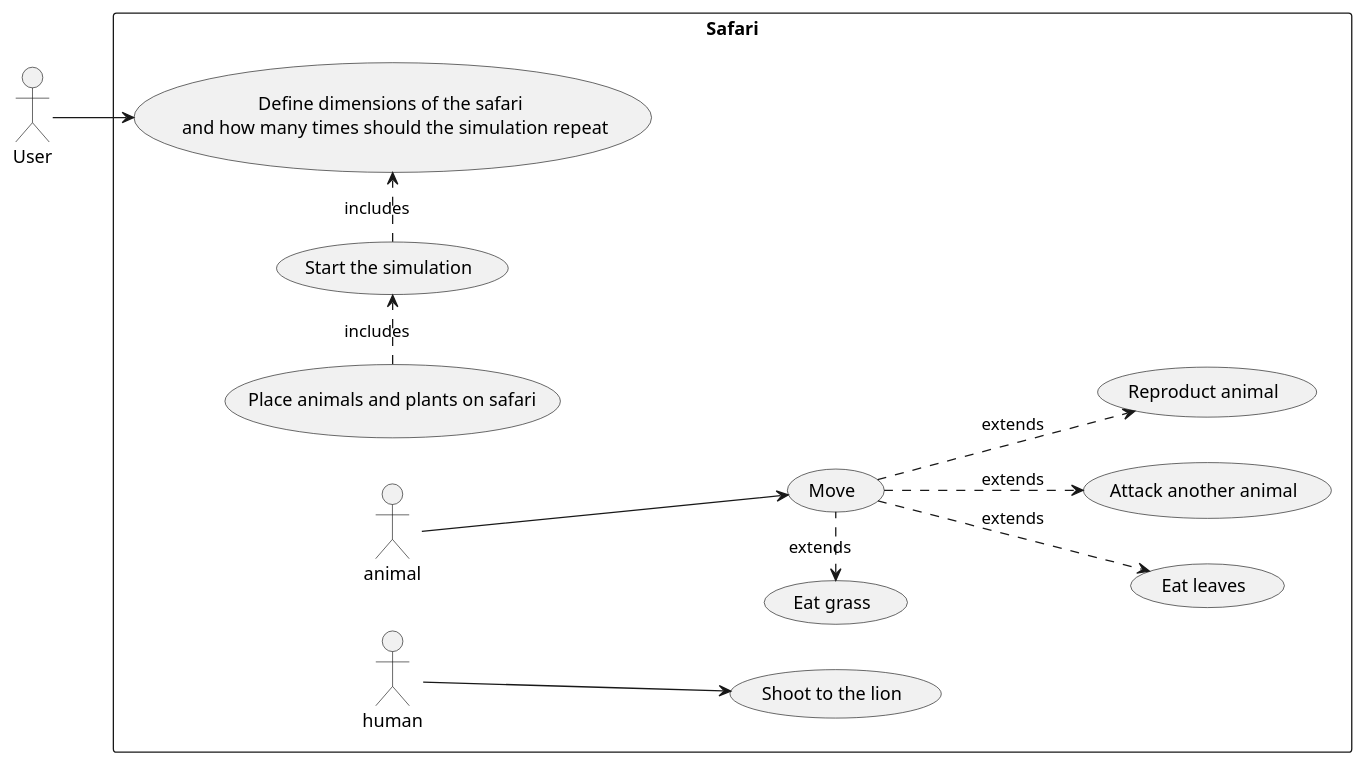
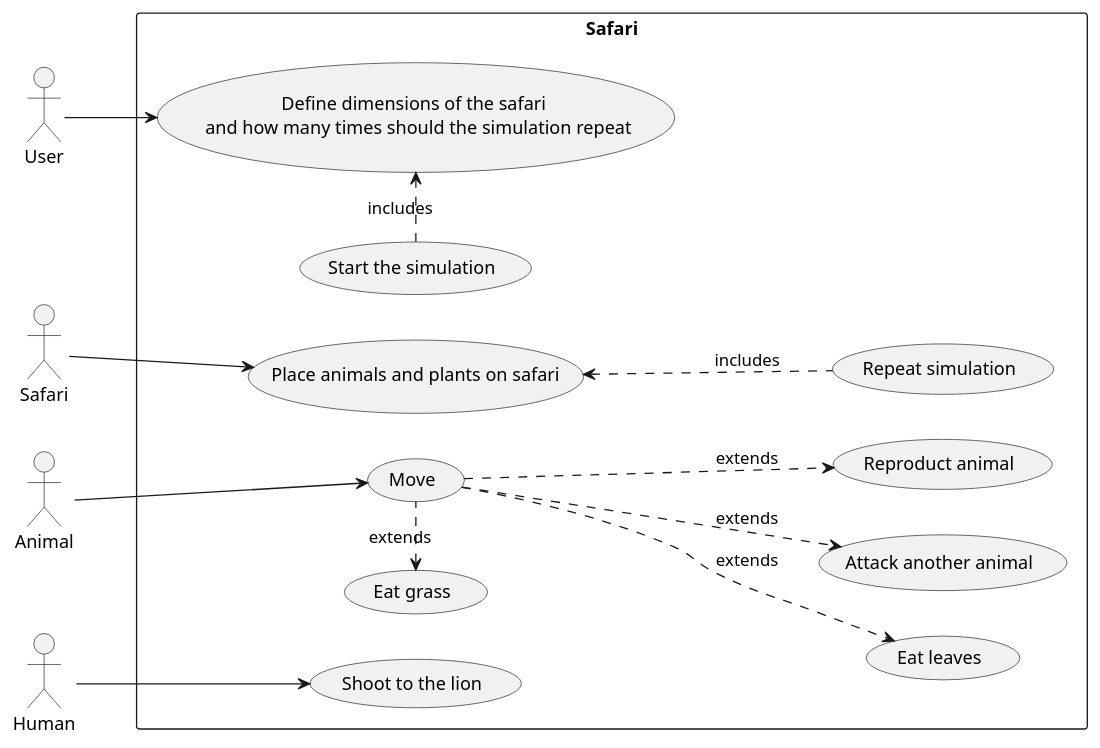
Before and after one commit to Karolina606/Safari: the diagram in src/main/java/safari/animals/useCaseDiagram.puml, drawn with PlantUML. The commit also changed 2 other files, not shown here.

Commit message:
add corrects to the diagrams

```diff
--- a/src/main/java/safari/animals/useCaseDiagram.puml
+++ b/src/main/java/safari/animals/useCaseDiagram.puml
@@ -1,23 +1,27 @@
 @startuml
 left to right direction
 skinparam packageStyle rect
 
 :User: as user
+:Safari: as safari
+:Animal: as animal
+:Human: as human
 
 rectangle "Safari"{
     user --> (Define dimensions of the safari \n and how many times should the simulation repeat)
 
     (Define dimensions of the safari \n and how many times should the simulation repeat) <.left. (Start the simulation): includes
-    (Start the simulation) <.left. (Place animals and plants on safari): includes
 
+    safari --> (Place animals and plants on safari)
+    (Place animals and plants on safari) <.. (Repeat simulation) :includes
 
     animal --> (Move)
     (Move) .left.> (Eat grass): extends
     (Move) .down.> (Eat leaves): extends
     (Move) ..> (Attack another animal): extends
     (Move) ..> (Reproduct animal): extends
 
     human --> (Shoot to the lion)
 
 }
 @enduml
```
